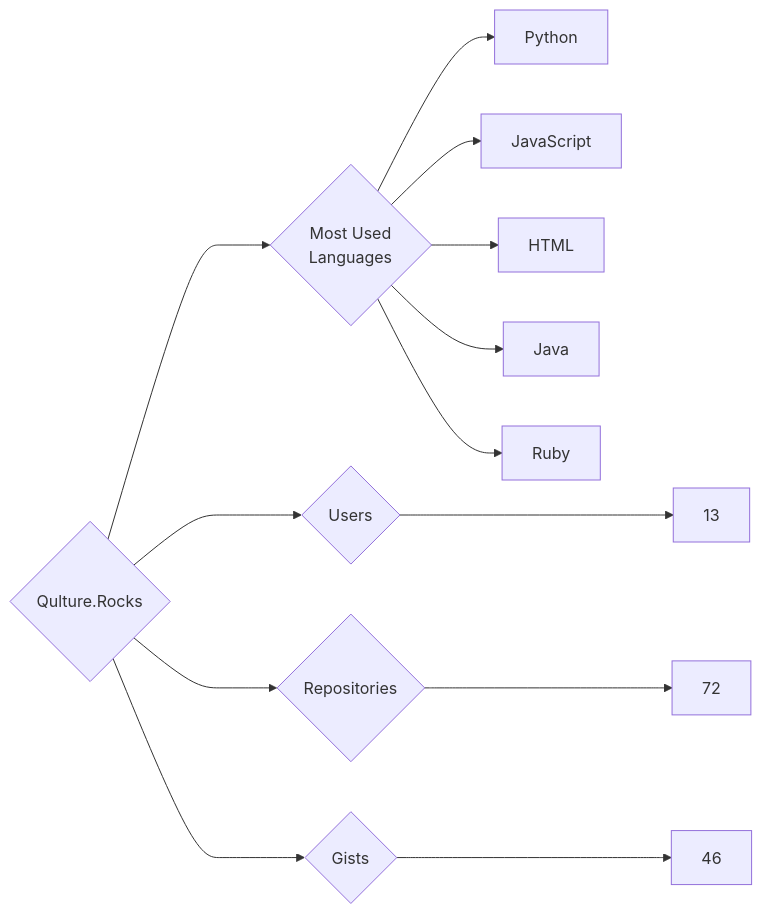
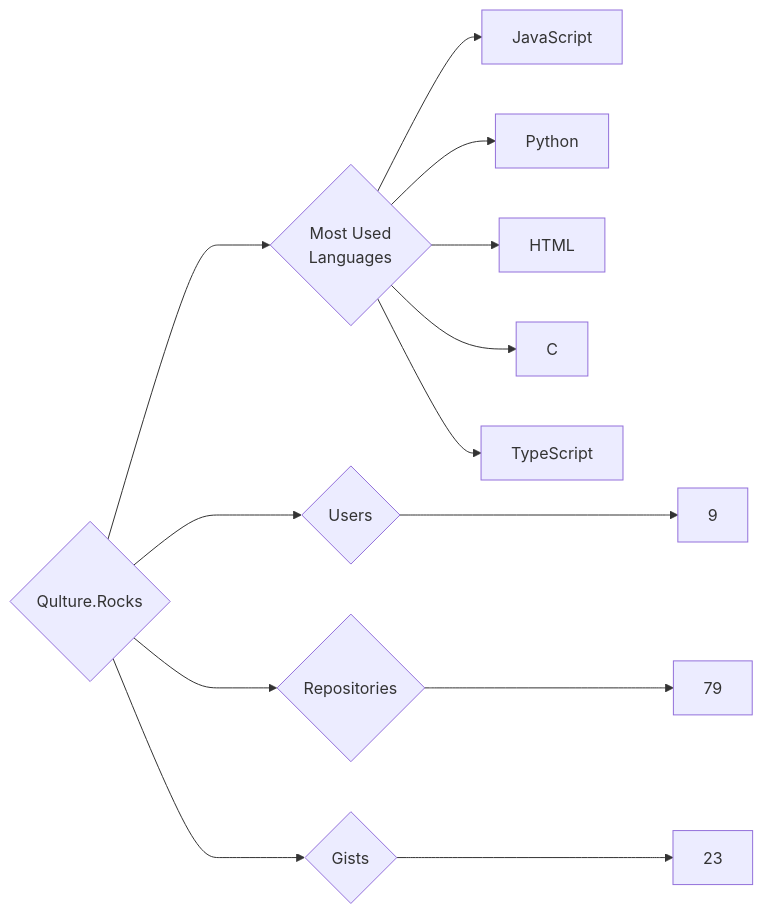
One commit to trickest/insiders changed the diagram in targets/Qulture.Rocks/README.md. Above: the diagram before and after it, drawn with Mermaid. The commit also changed 748 other files, not shown here.

````diff
--- a/targets/Qulture.Rocks/README.md
+++ b/targets/Qulture.Rocks/README.md
@@ -3,13 +3,13 @@
 ```mermaid
 graph LR
 COMPANY_NAME{Qulture.Rocks}
-COMPANY_NAME ---> U{Users} ---> UN[13]
-COMPANY_NAME ---> R{Repositories} ---> RN[72]
-COMPANY_NAME ---> G{Gists} ---> GN[46]
+COMPANY_NAME ---> U{Users} ---> UN[9]
+COMPANY_NAME ---> R{Repositories} ---> RN[79]
+COMPANY_NAME ---> G{Gists} ---> GN[23]
 COMPANY_NAME ---> ML{Most Used<br>Languages}
+ML --> JavaScript[JavaScript]
 ML --> Python[Python]
-ML --> JavaScript[JavaScript]
 ML --> HTML[HTML]
-ML --> Java[Java]
-ML --> Ruby[Ruby]
+ML --> C[C]
+ML --> TypeScript[TypeScript]
 ```
````
